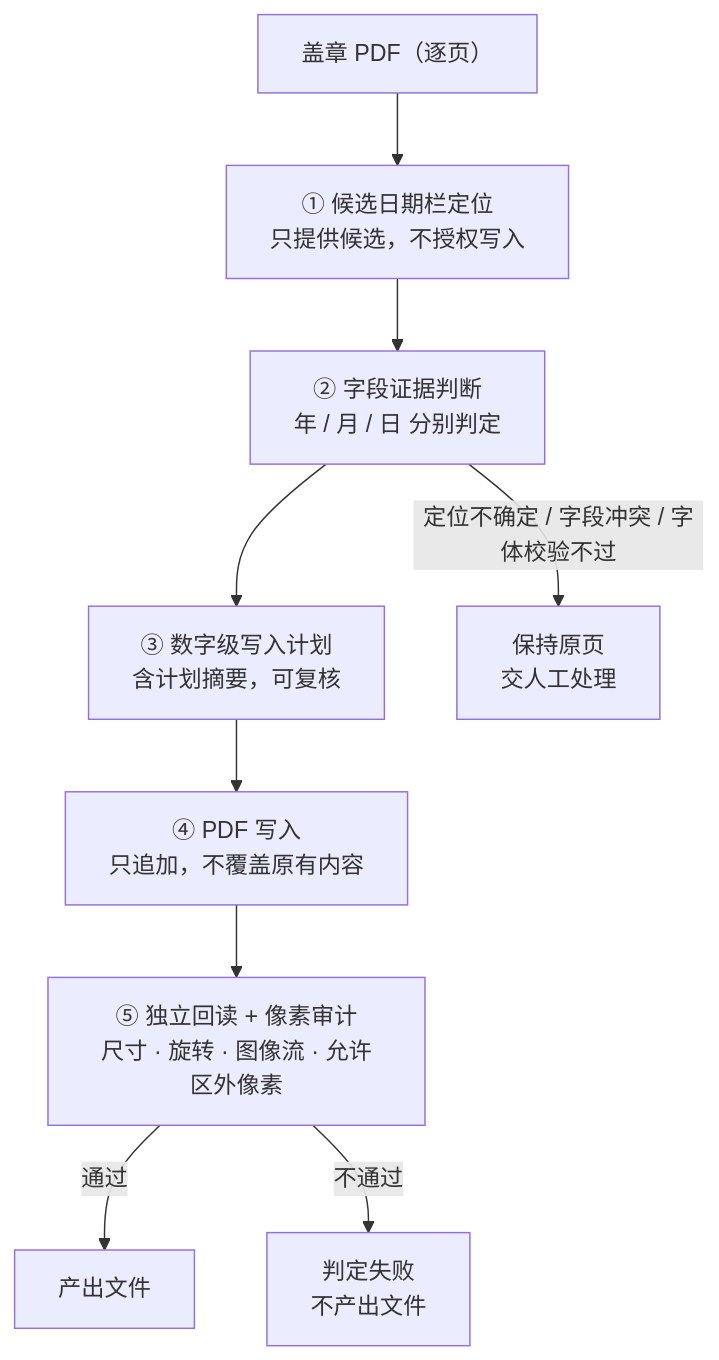
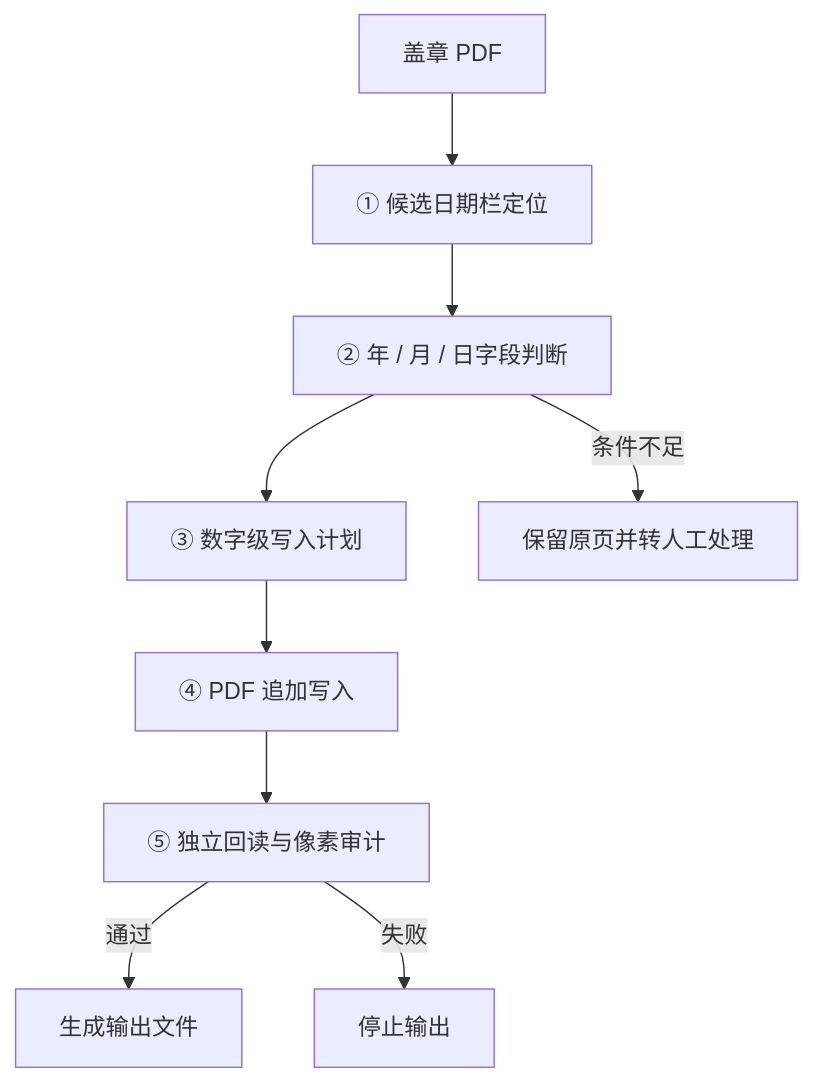
The diagram in README.md (Simple-StayHungry/electronic-date-stamp), drawn with Mermaid before and after one commit. The commit also changed other lines of this file, not shown here.

````diff
--- a/README.md
+++ b/README.md
@@ -45,11 +30,11 @@
 ```mermaid
 flowchart TD
-    A["盖章 PDF（逐页）"] --> B["① 候选日期栏定位<br/>只提供候选，不授权写入"]
-    B --> C["② 字段证据判断<br/>年 / 月 / 日 分别判定"]
-    C --> D["③ 数字级写入计划<br/>含计划摘要，可复核"]
-    D --> E["④ PDF 写入<br/>只追加，不覆盖原有内容"]
-    E --> F["⑤ 独立回读 + 像素审计<br/>尺寸 · 旋转 · 图像流 · 允许区外像素"]
-    F -- "通过" --> G["产出文件"]
-    F -- "不通过" --> H["判定失败<br/>不产出文件"]
-    C -- "定位不确定 / 字段冲突 / 字体校验不过" --> I["保持原页<br/>交人工处理"]
+    A["盖章 PDF"] --> B["① 候选日期栏定位"]
+    B --> C["② 年 / 月 / 日字段判断"]
+    C --> D["③ 数字级写入计划"]
+    D --> E["④ PDF 追加写入"]
+    E --> F["⑤ 独立回读与像素审计"]
+    F -- "通过" --> G["生成输出文件"]
+    F -- "失败" --> H["停止输出"]
+    C -- "条件不足" --> I["保留原页并转人工处理"]
 ```
````
